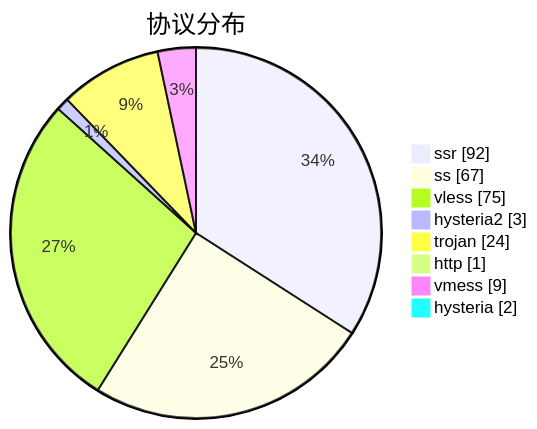
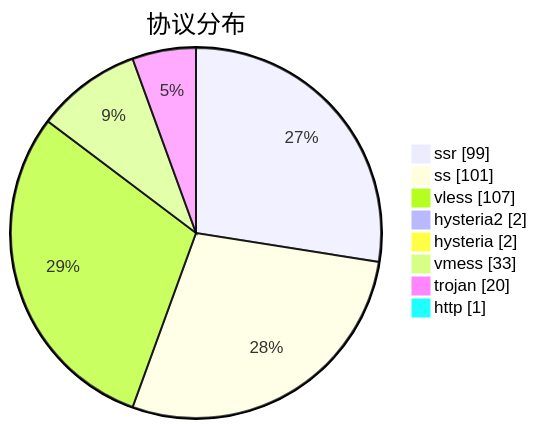
One commit to sinspired/airport changed the third of 3 diagrams in subs/statistics/tested_within.md. Above: the diagram before and after it, drawn with Mermaid. The commit also changed other lines of this file and 2 other files, not shown here.

````diff
--- a/subs/statistics/tested_within.md
+++ b/subs/statistics/tested_within.md
@@ -52,12 +55,12 @@
 ```mermaid
 pie showData
 title 协议分布
-"ssr" : 92
-"ss" : 67
-"vless" : 75
-"hysteria2" : 3
-"trojan" : 24
+"ssr" : 99
+"ss" : 101
+"vless" : 107
+"hysteria2" : 2
+"hysteria" : 2
+"vmess" : 33
+"trojan" : 20
 "http" : 1
-"vmess" : 9
-"hysteria" : 2
 ```
````
